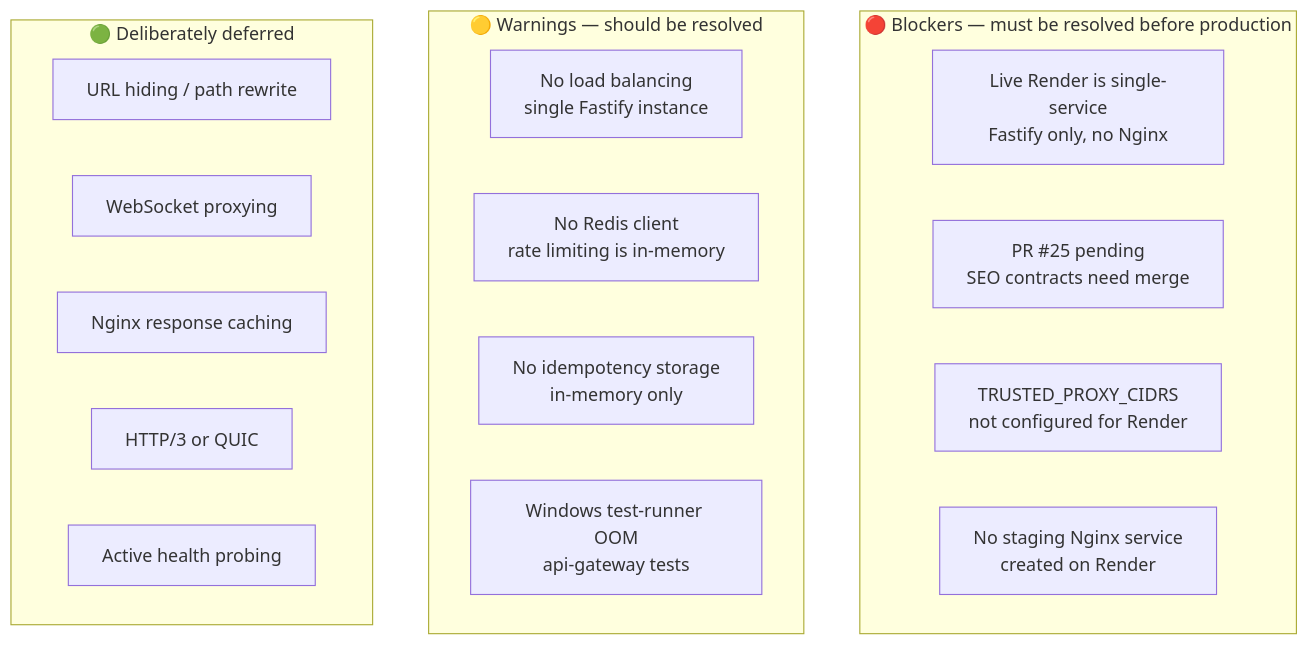
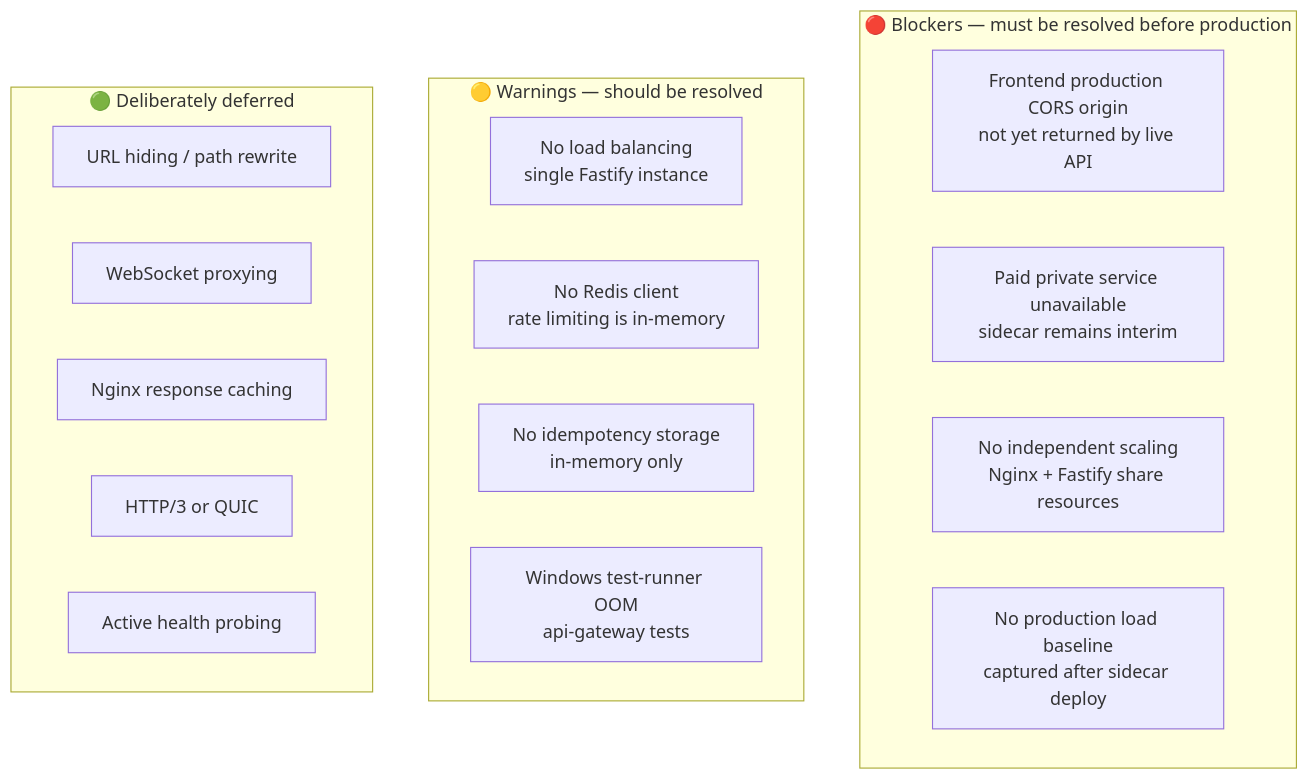
Before and after one commit to thec1rclehost123-cmd/C1RCLE-BACKEND: the first of 3 diagrams in docs/nginx/issues-and-gaps.md, drawn with Mermaid. The commit also changed other lines of this file and 7 other files, not shown here.

Commit message:
fix(nginx): reject non-api paths at the edge

````diff
--- a/docs/nginx/issues-and-gaps.md
+++ b/docs/nginx/issues-and-gaps.md
@@ -12,24 +12,24 @@
 ```mermaid
 flowchart TD
   subgraph Blockers["🔴 Blockers — must be resolved before production"]
-    B1["Live Render is single-service<br/>Fastify only, no Nginx"]
-    B2["PR #25 pending<br/>SEO contracts need merge"]
-    B3["TRUSTED_PROXY_CIDRS<br/>not configured for Render"]
-    B4["No staging Nginx service<br/>created on Render"]
+    B1["Frontend production CORS origin<br/>not yet returned by live API"]
+    B2["Paid private service unavailable<br/>sidecar remains interim"]
+    B3["No independent scaling<br/>Nginx + Fastify share resources"]
+    B4["No production load baseline<br/>captured after sidecar deploy"]
   end
 
   subgraph Warnings["🟡 Warnings — should be resolved"]
     W1["No load balancing<br/>single Fastify instance"]
     W2["No Redis client<br/>rate limiting is in-memory"]
     W3["No idempotency storage<br/>in-memory only"]
     W4["Windows test-runner OOM<br/>api-gateway tests"]
   end
 
   subgraph Deferred["🟢 Deliberately deferred"]
     D1["URL hiding / path rewrite"]
     D2["WebSocket proxying"]
     D3["Nginx response caching"]
     D4["HTTP/3 or QUIC"]
     D5["Active health probing"]
   end
 ```
````
